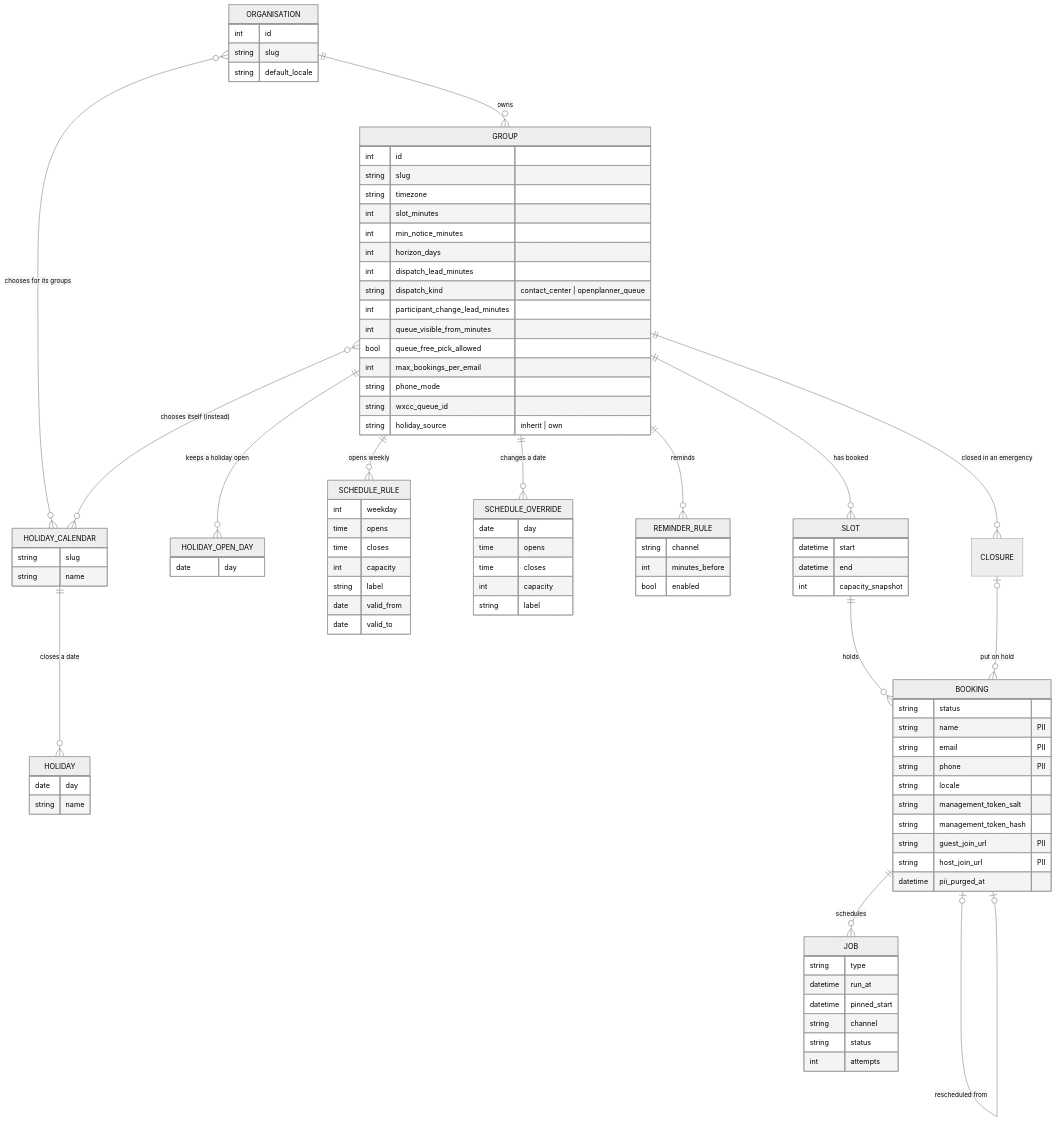
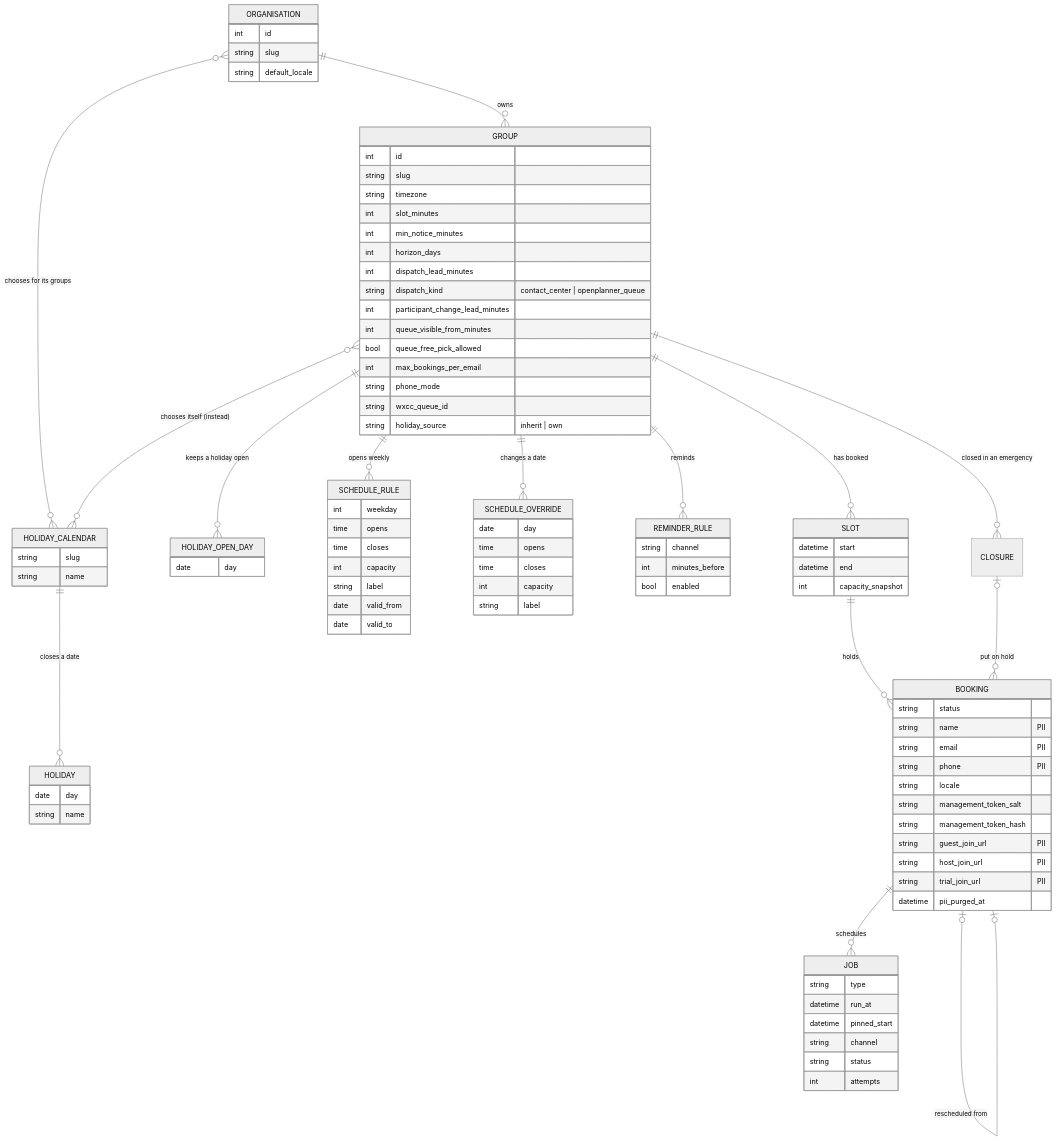
The fifth of 14 diagrams in docs/architecture.md (3Corners-Labs/OpenPlanner), drawn with Mermaid (neutral theme) before and after one commit. The commit also changed 67 other files, not shown here.

```diff
--- a/docs/architecture.md
+++ b/docs/architecture.md
@@ -368,6 +368,7 @@
         string management_token_hash
         string guest_join_url "PII"
         string host_join_url "PII"
+        string trial_join_url "PII"
         datetime pii_purged_at
     }
     JOB {
```
